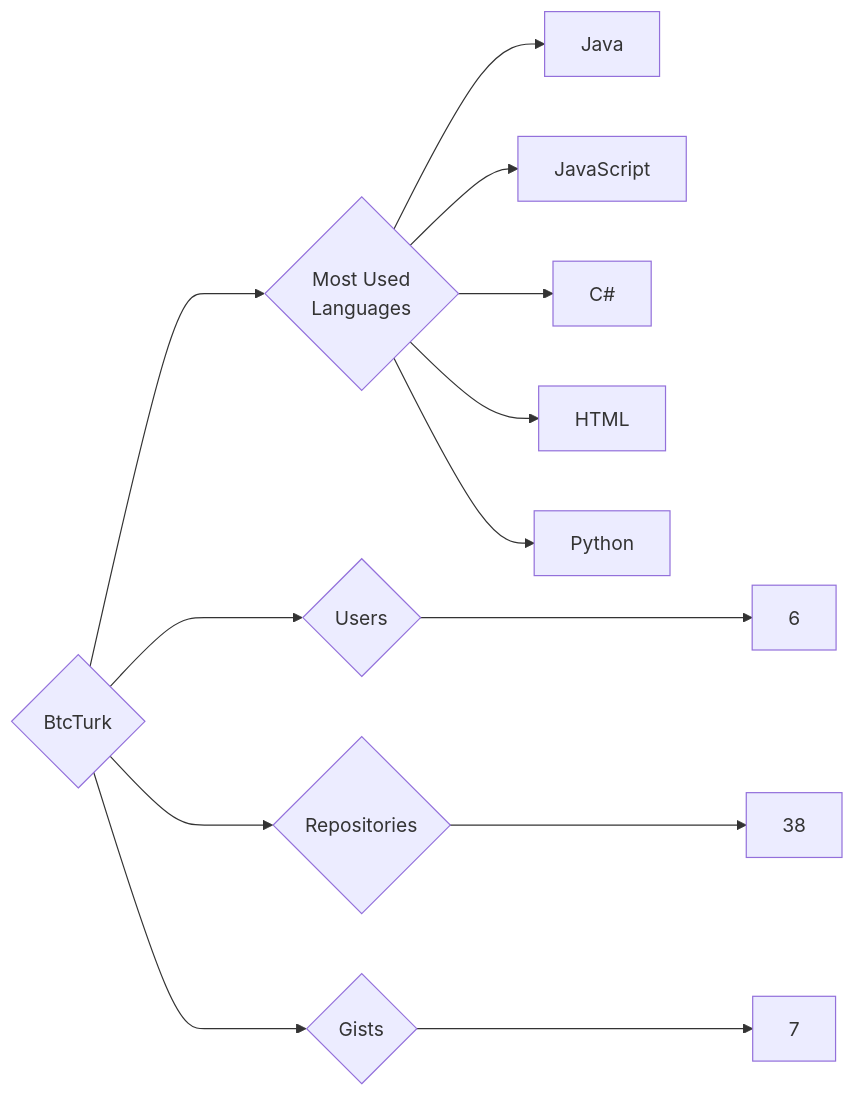
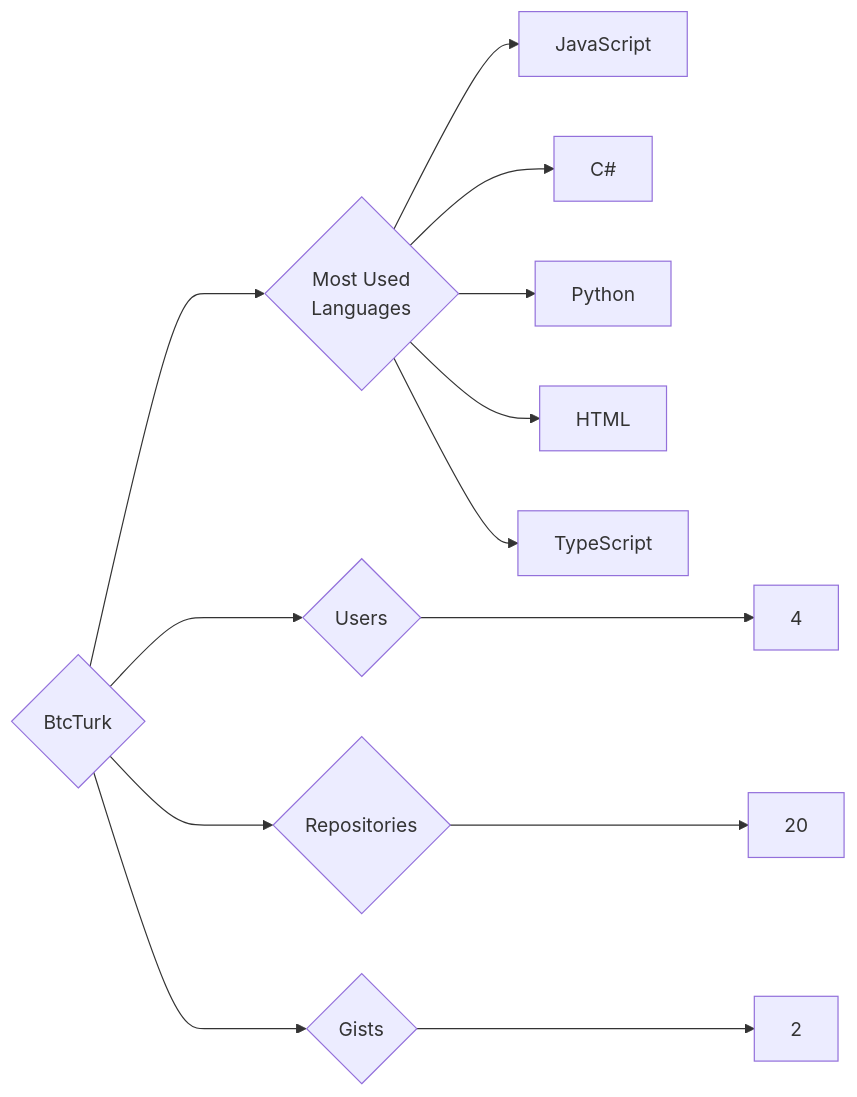
One commit to trickest/insiders changed the diagram in targets/BtcTurk/README.md. Above: the diagram before and after it, drawn with Mermaid. The commit also changed 1055 other files, not shown here.

````diff
--- a/targets/BtcTurk/README.md
+++ b/targets/BtcTurk/README.md
@@ -3,13 +3,13 @@
 ```mermaid
 graph LR
 COMPANY_NAME{BtcTurk}
-COMPANY_NAME ---> U{Users} ---> UN[6]
-COMPANY_NAME ---> R{Repositories} ---> RN[38]
-COMPANY_NAME ---> G{Gists} ---> GN[7]
+COMPANY_NAME ---> U{Users} ---> UN[4]
+COMPANY_NAME ---> R{Repositories} ---> RN[20]
+COMPANY_NAME ---> G{Gists} ---> GN[2]
 COMPANY_NAME ---> ML{Most Used<br>Languages}
-ML --> Java[Java]
 ML --> JavaScript[JavaScript]
 ML --> C#[C#]
+ML --> Python[Python]
 ML --> HTML[HTML]
-ML --> Python[Python]
+ML --> TypeScript[TypeScript]
 ```
````
